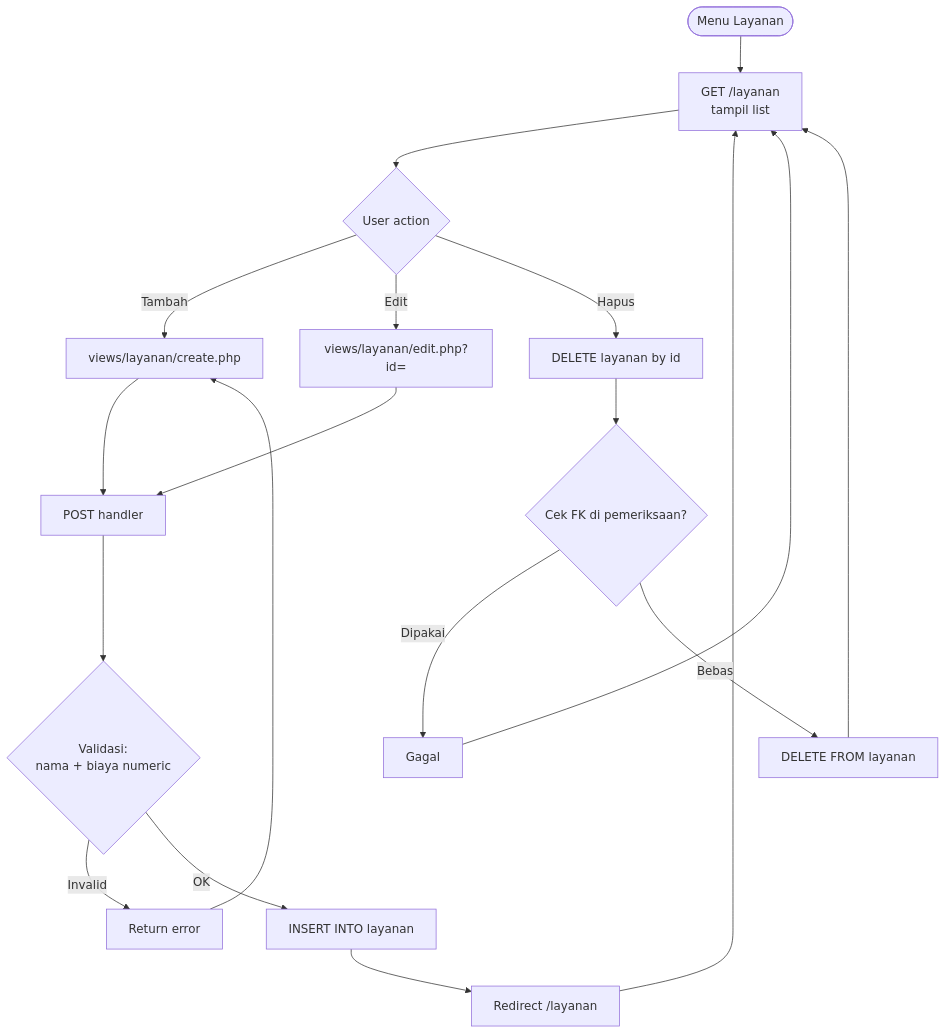
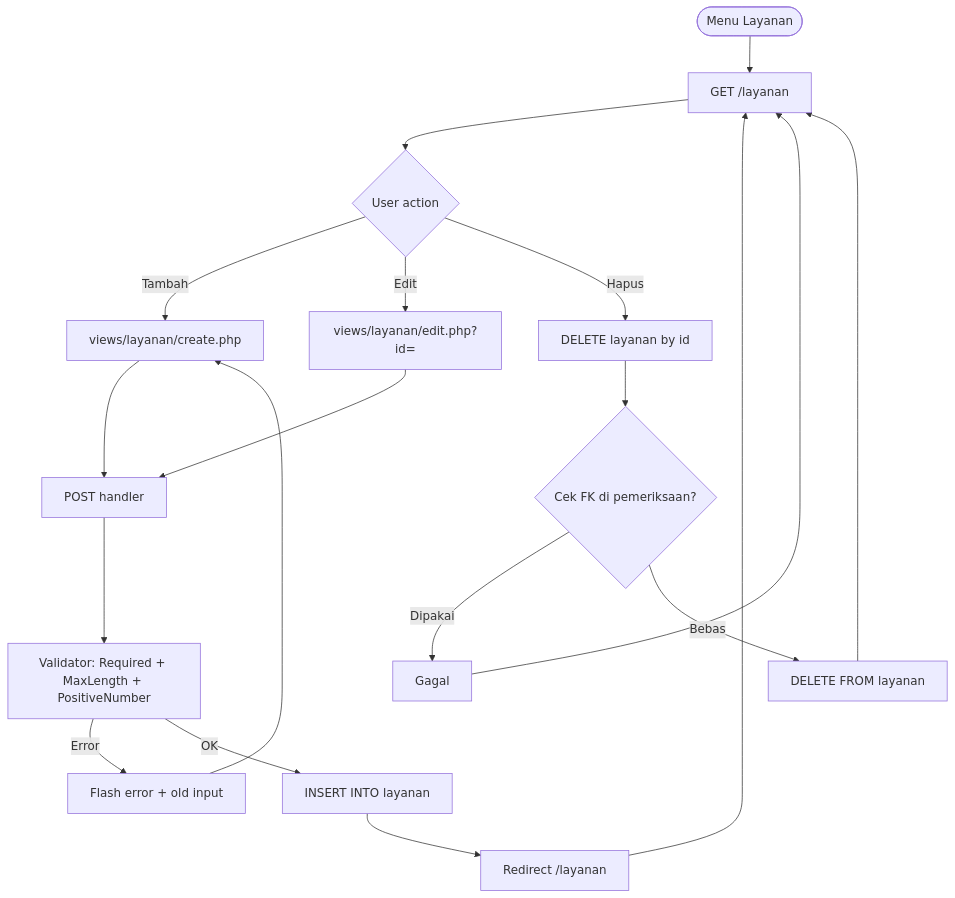
One commit to TudeOrangBiasa/silk-swarakarna-uas changed the fifth of 13 diagrams in docs/business-logic.md. Above: the diagram before and after it, drawn with Mermaid. The commit also changed other lines of this file and 2 other files, not shown here.

First line of the commit message:
docs: rewrite README + architecture + business-logic (Caveman + Humanizer)

````diff
--- a/docs/business-logic.md
+++ b/docs/business-logic.md
@@ -97,24 +128,24 @@
 ```mermaid
 flowchart TD
-    Start([Menu Layanan]) --> List[GET /layanan<br/>tampil list]
+    Start([Menu Layanan]) --> List[GET /layanan]
     List --> Action{User action}
 
     Action -->|Tambah| Form[views/layanan/create.php]
     Action -->|Edit| FormEdit[views/layanan/edit.php?id=]
     Action -->|Hapus| Del[DELETE layanan by id]
 
     Form --> Submit[POST handler]
     FormEdit --> Submit
-    Submit --> Validate{Validasi:<br/>nama + biaya numeric}
-    Validate -->|Invalid| Err[Return error]
+    Submit --> Validate[Validator: Required + MaxLength + PositiveNumber]
+    Validate -->|Error| Err[Flash error + old input]
     Err --> Form
     Validate -->|OK| Insert[INSERT INTO layanan]
     Insert --> Redirect[Redirect /layanan]
     Redirect --> List
 
     Del --> DelCheck{Cek FK di pemeriksaan?}
     DelCheck -->|Dipakai| DelErr[Gagal]
     DelCheck -->|Bebas| DelExec[DELETE FROM layanan]
     DelErr --> List
     DelExec --> List
 ```
````
